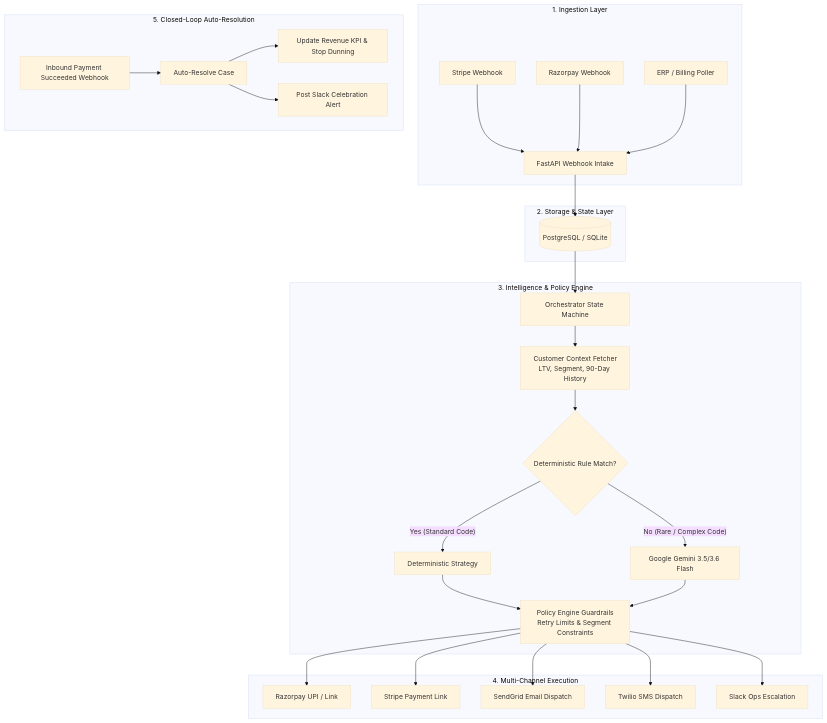
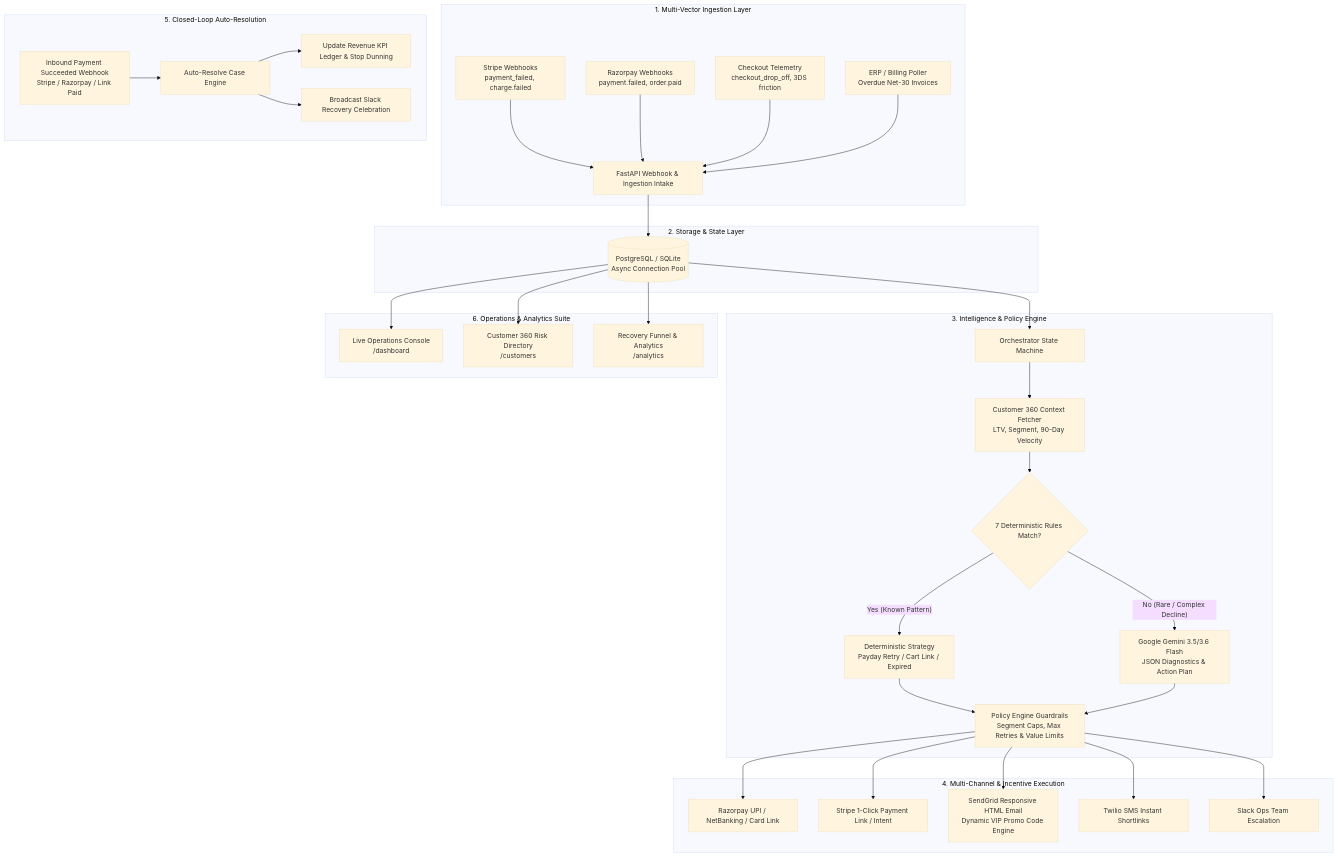
The first of 2 diagrams in README.md (awejofficial/ai-revenue-v1), drawn with Mermaid (base theme) before and after one commit. The commit also changed other lines of this file and 3 other files, not shown here.

Commit message:
feat: implement payment recovery actions with Stripe and Razorpay integration alongside database logging

````diff
--- a/README.md
+++ b/README.md
@@ -71,36 +93,43 @@
 ```mermaid
 flowchart TD
-    subgraph Ingestion["1. Ingestion Layer"]
-        A1[Stripe Webhook] --> B[FastAPI Webhook Intake]
-        A2[Razorpay Webhook] --> B
-        A3[ERP / Billing Poller] --> B
+    subgraph Ingestion["1. Multi-Vector Ingestion Layer"]
+        A1[Stripe Webhooks<br/>payment_failed, charge.failed] --> B[FastAPI Webhook & Ingestion Intake]
+        A2[Razorpay Webhooks<br/>payment.failed, order.paid] --> B
+        A3[Checkout Telemetry<br/>checkout_drop_off, 3DS friction] --> B
+        A4[ERP / Billing Poller<br/>Overdue Net-30 Invoices] --> B
     end
 
     subgraph Storage["2. Storage & State Layer"]
-        B --> C[(PostgreSQL / SQLite)]
+        B --> C[(PostgreSQL / SQLite<br/>Async Connection Pool)]
     end
 
     subgraph Orchestration["3. Intelligence & Policy Engine"]
         C --> D[Orchestrator State Machine]
-        D --> E[Customer Context Fetcher<br/>LTV, Segment, 90-Day History]
-        E --> F{Deterministic Rule Match?}
-        F -- "Yes (Standard Code)" --> G[Deterministic Strategy]
-        F -- "No (Rare / Complex Code)" --> H[Google Gemini 3.5/3.6 Flash]
-        G --> I[Policy Engine Guardrails<br/>Retry Limits & Segment Constraints]
+        D --> E[Customer 360 Context Fetcher<br/>LTV, Segment, 90-Day Velocity]
+        E --> F{7 Deterministic Rules Match?}
+        F -- "Yes (Known Pattern)" --> G[Deterministic Strategy<br/>Payday Retry / Cart Link / Expired]
+        F -- "No (Rare / Complex Decline)" --> H[Google Gemini 3.5/3.6 Flash<br/>JSON Diagnostics & Action Plan]
+        G --> I[Policy Engine Guardrails<br/>Segment Caps, Max Retries & Value Limits]
         H --> I
     end
 
-    subgraph Execution["4. Multi-Channel Execution"]
-        I --> J1[Razorpay UPI / Link]
-        I --> J2[Stripe Payment Link]
-        I --> J3[SendGrid Email Dispatch]
-        I --> J4[Twilio SMS Dispatch]
-        I --> J5[Slack Ops Escalation]
+    subgraph Execution["4. Multi-Channel & Incentive Execution"]
+        I --> J1[Razorpay UPI / NetBanking / Card Link]
+        I --> J2[Stripe 1-Click Payment Link / Intent]
+        I --> J3[SendGrid Responsive HTML Email<br/>Dynamic VIP Promo Code Engine]
+        I --> J4[Twilio SMS Instant Shortlinks]
+        I --> J5[Slack Ops Team Escalation]
     end
 
     subgraph AutoResolution["5. Closed-Loop Auto-Resolution"]
-        K[Inbound Payment Succeeded Webhook] --> L[Auto-Resolve Case]
-        L --> M[Update Revenue KPI & Stop Dunning]
-        L --> N[Post Slack Celebration Alert]
+        K[Inbound Payment Succeeded Webhook<br/>Stripe / Razorpay / Link Paid] --> L[Auto-Resolve Case Engine]
+        L --> M[Update Revenue KPI Ledger & Stop Dunning]
+        L --> N[Broadcast Slack Recovery Celebration]
+    end
+
+    subgraph Portals["6. Operations & Analytics Suite"]
+        C --> P1[Live Operations Console<br/>/dashboard]
+        C --> P2[Customer 360 Risk Directory<br/>/customers]
+        C --> P3[Recovery Funnel & Analytics<br/>/analytics]
     end
 ```
````
